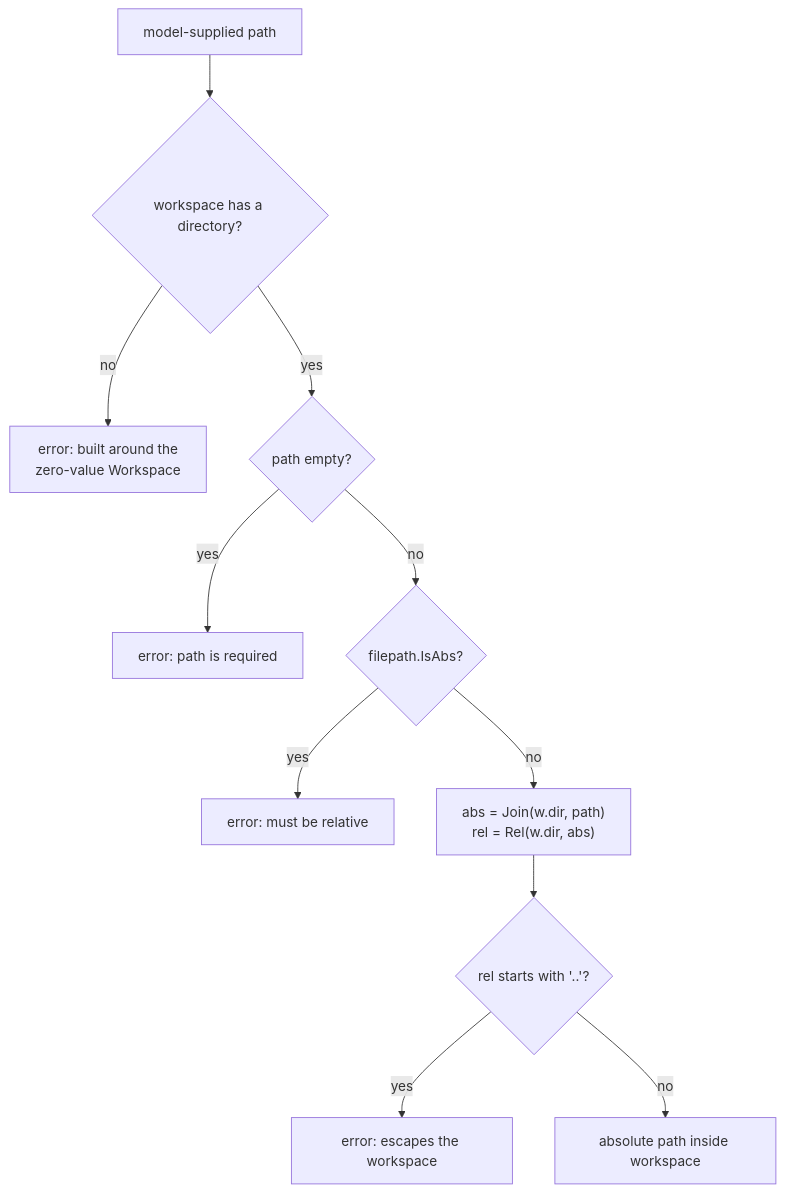
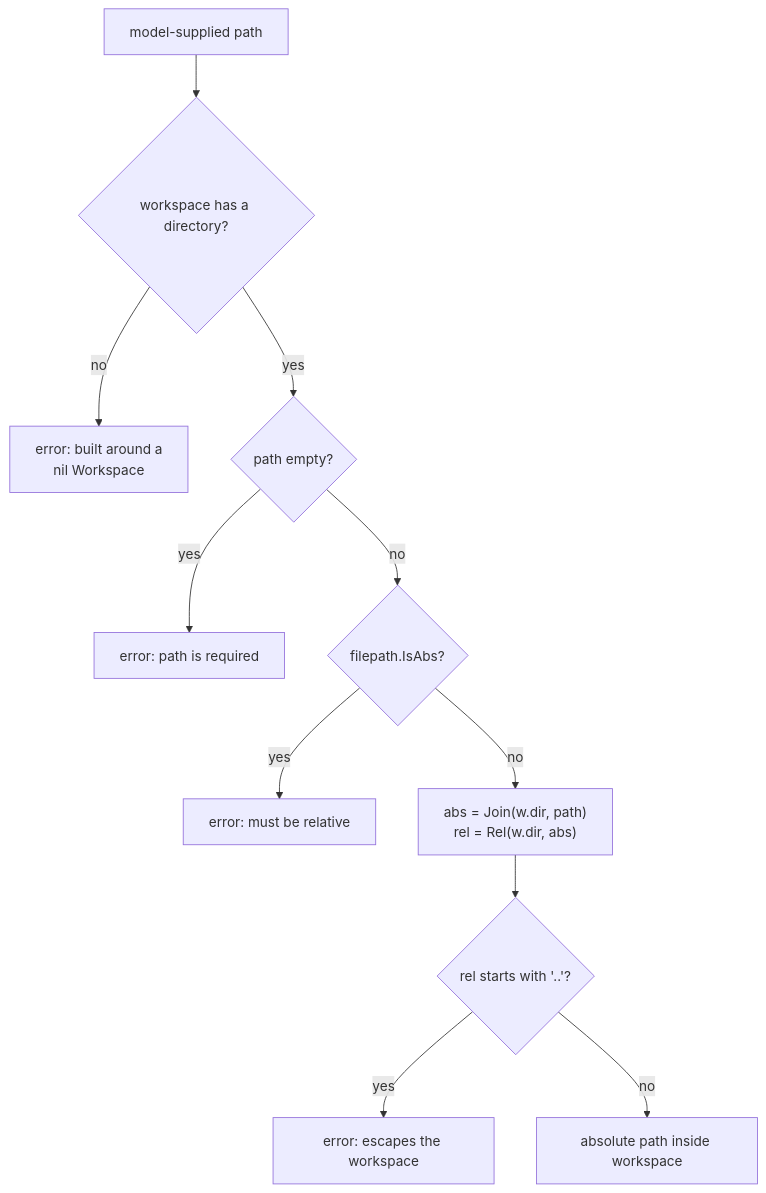
Before and after one commit to campoy/gai: the fourth of 5 diagrams in ARCHITECTURE.md, drawn with Mermaid. The commit also changed other lines of this file and 7 other files, not shown here.

````diff
--- a/ARCHITECTURE.md
+++ b/ARCHITECTURE.md
@@ -220,13 +220,13 @@
 ```mermaid
 flowchart TD
   p["model-supplied path"] --> c1{"workspace has a directory?"}
-  c1 -- no --> e1["error: built around the<br/>zero-value Workspace"]
+  c1 -- no --> e1["error: built around a<br/>nil Workspace"]
   c1 -- yes --> c2{"path empty?"}
   c2 -- yes --> e2["error: path is required"]
   c2 -- no --> c3{"filepath.IsAbs?"}
   c3 -- yes --> e3["error: must be relative"]
   c3 -- no --> j["abs = Join(w.dir, path)<br/>rel = Rel(w.dir, abs)"]
   j --> c4{"rel starts with '..'?"}
   c4 -- yes --> e4["error: escapes the workspace"]
   c4 -- no --> ok["absolute path inside workspace"]
 ```
````
